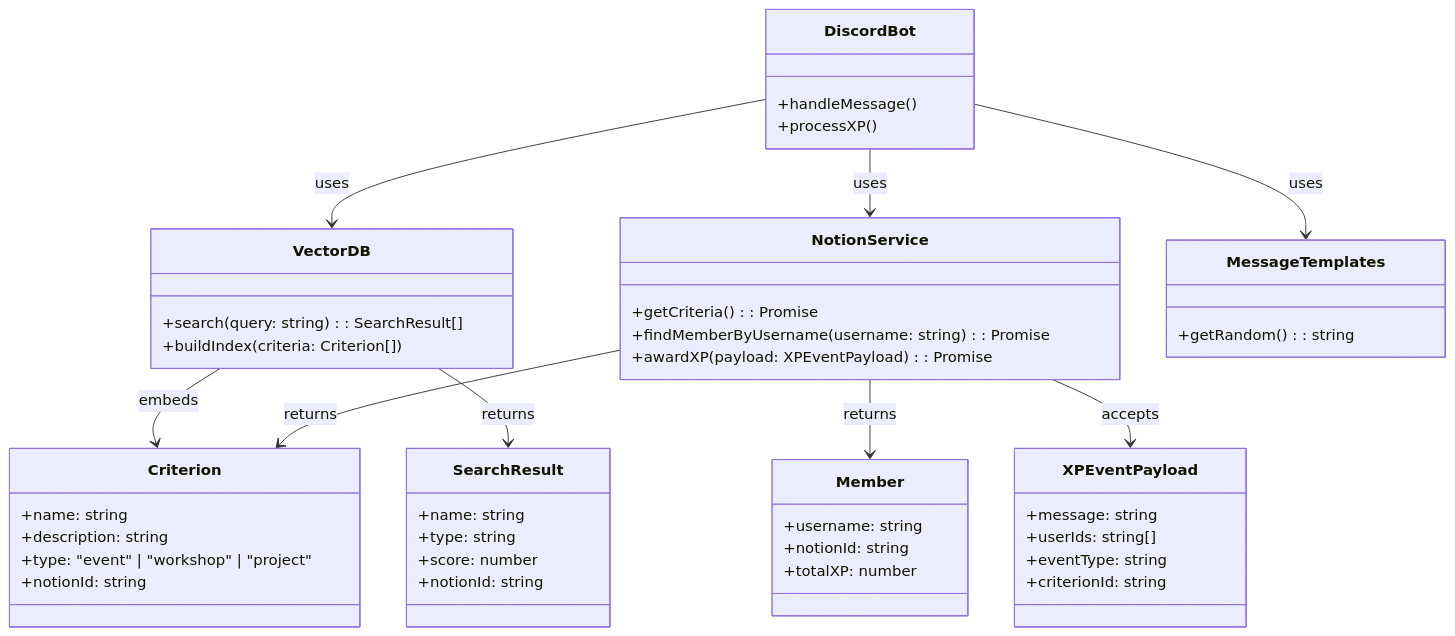
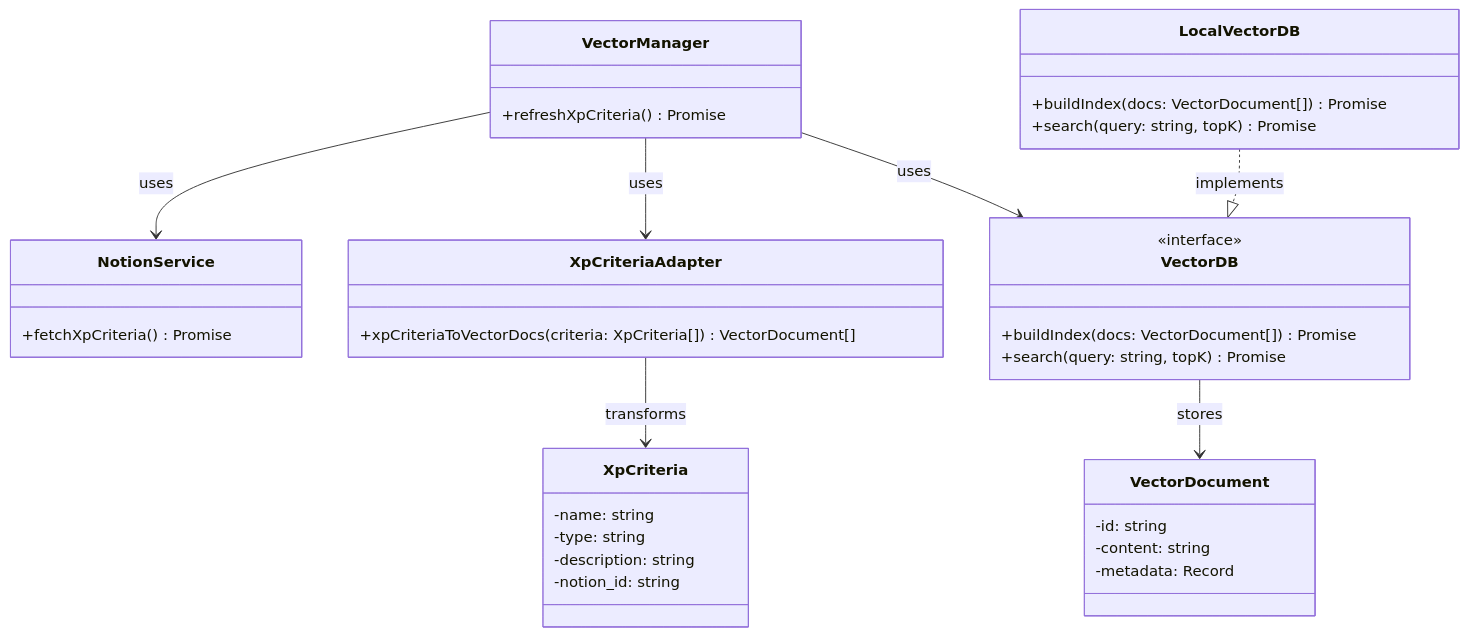
The second of 2 diagrams in README.md (kihononae/dappi-beta), drawn with Mermaid before and after one commit. The commit also changed 2 other files, not shown here.

Commit message:
Spammed documentation, sequence diagrams and that

````diff
--- a/README.md
+++ b/README.md
@@ -243,60 +243,46 @@
 ```mermaid
 classDiagram
-    class DiscordBot {
-        +handleMessage()
-        +processXP()
+    class NotionService {
+        +fetchXpCriteria() Promise<XpCriteria[]>
+    }
+
+    class XpCriteriaAdapter {
+        +xpCriteriaToVectorDocs(criteria: XpCriteria[]) VectorDocument[]
+    }
+
+    class VectorManager {
+        +refreshXpCriteria() Promise<boolean>
     }
 
     class VectorDB {
-        +search(query: string): SearchResult[]
-        +buildIndex(criteria: Criterion[])
+        <<interface>>
+        +buildIndex(docs: VectorDocument[]) Promise<void>
+        +search(query: string, topK) Promise<VectorDocument[]>
     }
 
-    class NotionService {
-        +getCriteria(): Promise<Criterion[]>
-        +findMemberByUsername(username: string): Promise<Member>
-        +awardXP(payload: XPEventPayload): Promise<XPLogEntry>
+    class LocalVectorDB {
+        +buildIndex(docs: VectorDocument[]) Promise<void>
+        +search(query: string, topK) Promise<VectorDocument[]>
     }
 
-    class MessageTemplates {
-        +getRandom(): string
+    class XpCriteria {
+        -name: string
+        -type: string
+        -description: string
+        -notion_id: string
     }
 
-    class Criterion {
-        +name: string
-        +description: string
-        +type: "event" | "workshop" | "project"
-        +notionId: string
+    class VectorDocument {
+        -id: string
+        -content: string
+        -metadata: Record<string, any>
     }
 
-    class Member {
-        +username: string
-        +notionId: string
-        +totalXP: number
-    }
-
-    class XPEventPayload {
-        +message: string
-        +userIds: string[]
-        +eventType: string
-        +criterionId: string
-    }
-
-    class SearchResult {
-        +name: string
-        +type: string
-        +score: number
-        +notionId: string
-    }
-
-    DiscordBot --> VectorDB : uses
-    DiscordBot --> NotionService : uses
-    DiscordBot --> MessageTemplates : uses
-
-    VectorDB --> Criterion : embeds
-    VectorDB --> SearchResult : returns
-
-    NotionService --> Criterion : returns
-    NotionService --> Member : returns
-    NotionService --> XPEventPayload : accepts
+    %% Relationships
+    VectorManager --> NotionService : uses
+    VectorManager --> XpCriteriaAdapter : uses
+    VectorManager --> VectorDB : uses
+    LocalVectorDB ..|> VectorDB : implements
+    XpCriteriaAdapter --> XpCriteria : transforms
+    VectorDB --> VectorDocument : stores
 ```
````
